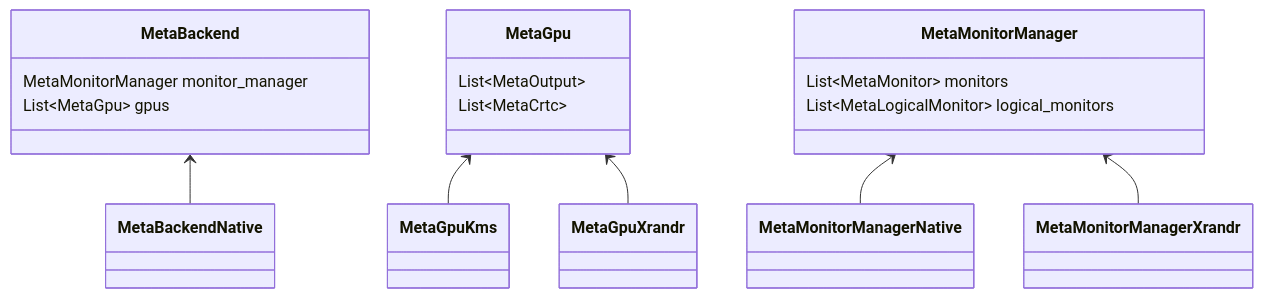
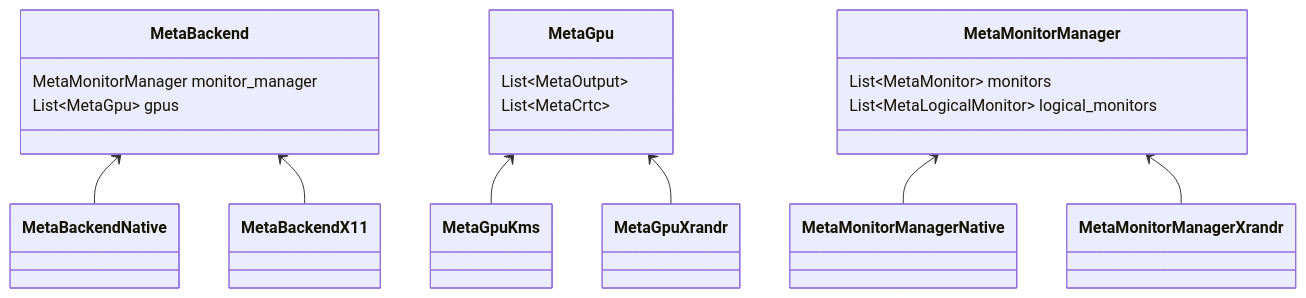
The second of 6 diagrams in gnome-source/mutter/source/doc/mutter-relationships.md (mearvk/MirvkBuntu), drawn with Mermaid before and after one commit. The commit also changed 10799 other files, not shown here.

````diff
--- a/gnome-source/mutter/source/doc/mutter-relationships.md
+++ b/gnome-source/mutter/source/doc/mutter-relationships.md
@@ -37,20 +37,21 @@
 ```mermaid
 classDiagram
     MetaBackend <-- MetaBackendNative
+    MetaBackend <-- MetaBackendX11
     class MetaBackend{
       MetaMonitorManager monitor_manager
       List~MetaGpu~ gpus
     }
     MetaGpu <-- MetaGpuKms
     MetaGpu <-- MetaGpuXrandr
     class MetaGpu{
       List~MetaOutput~
       List~MetaCrtc~
     }
     MetaMonitorManager <-- MetaMonitorManagerNative
     MetaMonitorManager <-- MetaMonitorManagerXrandr
     class MetaMonitorManager{
       List~MetaMonitor~ monitors
       List~MetaLogicalMonitor~ logical_monitors
     }
 ```
````
